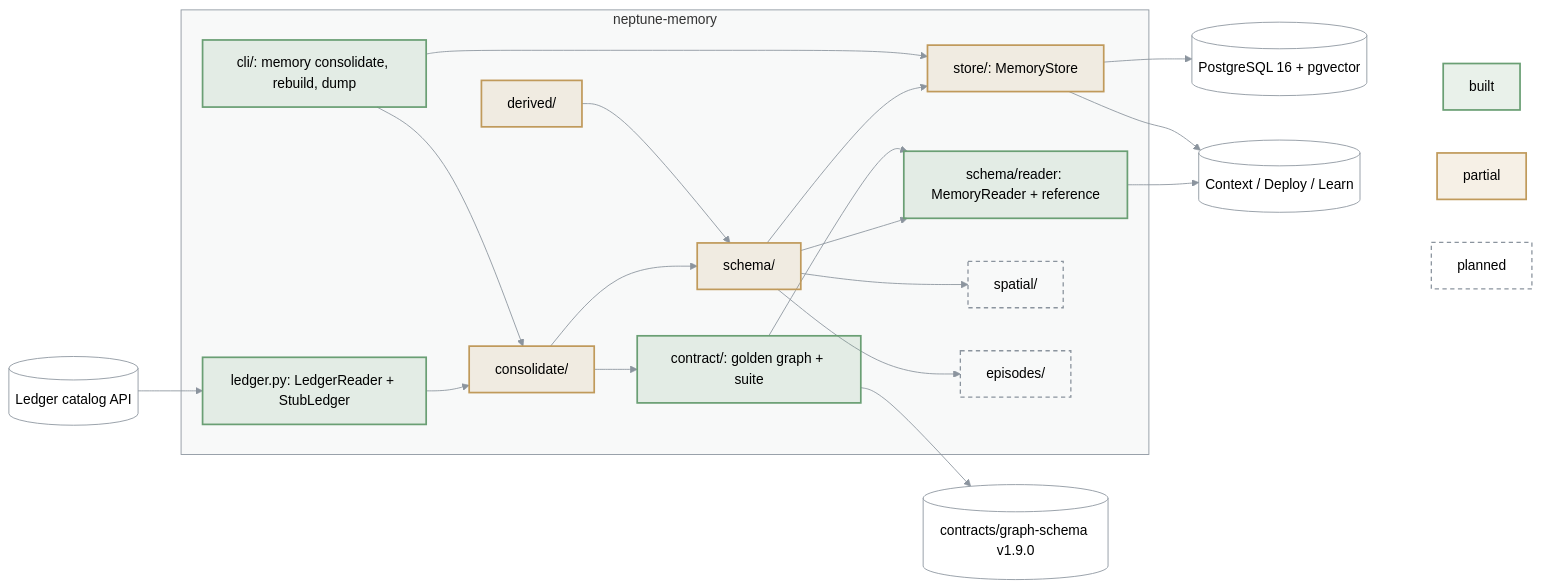
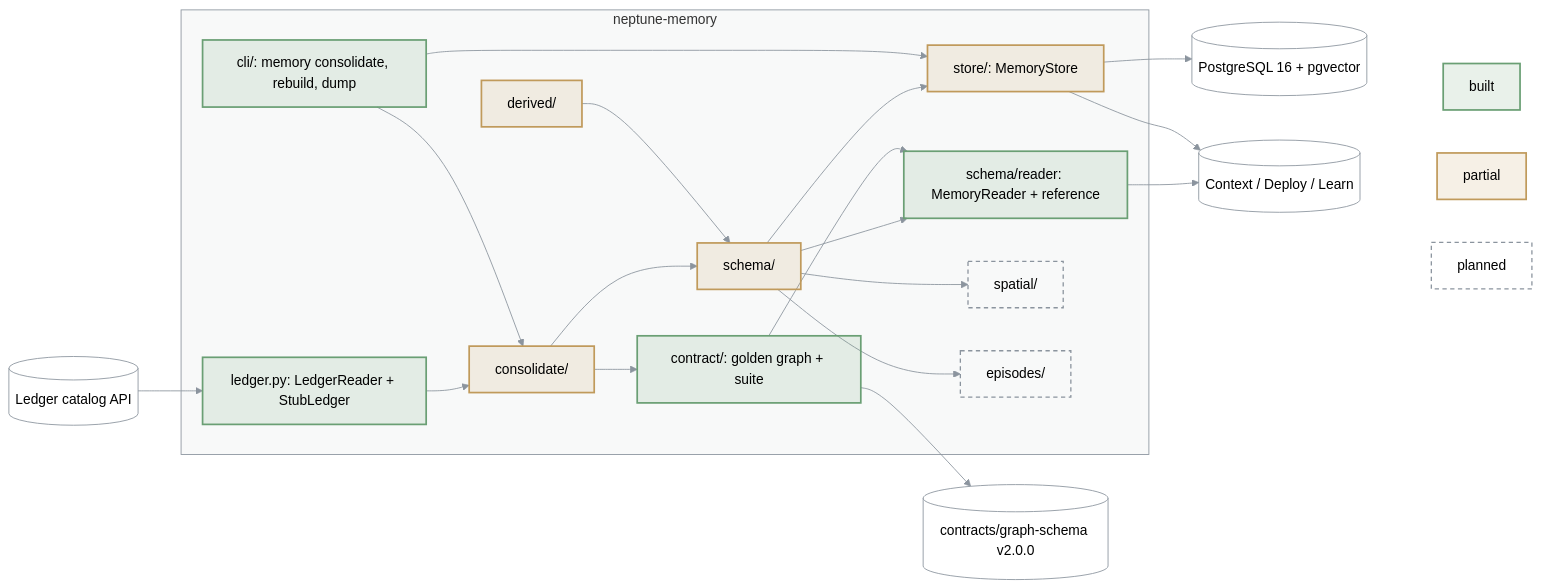
The diagram in packages/neptune-memory/ARCHITECTURE.md (bennytay/neptune), drawn with Mermaid (forest theme) before and after one commit. The commit also changed 148 other files, not shown here.

First line of the commit message:
Memory: identity joins asserted event nodes; machine-scoped configuration changes (graph-schema 2.0.0) (#151)

````diff
--- a/packages/neptune-memory/ARCHITECTURE.md
+++ b/packages/neptune-memory/ARCHITECTURE.md
@@ -3,49 +3,49 @@
 ```mermaid
 flowchart LR
   LED[("Ledger catalog API")]
   PG[("PostgreSQL 16 + pgvector")]
   subgraph M["neptune-memory"]
     SEAM["ledger.py: LedgerReader + StubLedger"]
     CON["consolidate/"]
     DER["derived/"]
     SCH["schema/"]
     RD["schema/reader: MemoryReader + reference"]
     CT["contract/: golden graph + suite"]
     STO["store/: MemoryStore"]
     SPA["spatial/"]
     EPI["episodes/"]
     CLI["cli/: memory consolidate, rebuild, dump"]
   end
   OUT[("Context / Deploy / Learn")]
   LED --> SEAM --> CON --> SCH --> STO
   DER --> SCH
   SCH --> SPA & EPI
   SCH --> RD --> OUT
   CON --> CT --> RD
-  CT --> REG[("contracts/graph-schema v1.9.0")]
+  CT --> REG[("contracts/graph-schema v2.0.0")]
   STO --> OUT
   CLI --> CON
   CLI --> STO
   STO --> PG
 
   subgraph KEY[" "]
     K1["built"]
     K2["partial"]
     K3["planned"]
   end
   OUT ~~~ K1 & K2 & K3
 
   classDef built fill:#6a9f7426,stroke:#6a9f74,stroke-width:2px
   classDef partial fill:#c09a5b26,stroke:#c09a5b,stroke-width:2px
   classDef todo fill:none,stroke:#8b949e,stroke-width:1.5px,stroke-dasharray:5 4
   classDef ext fill:none,stroke:#8b949e,stroke-width:1px
   class K1 built
   class K2 partial
   class SPA,EPI,K3 todo
   class CON,DER,SCH,STO partial
   class SEAM,RD,CT,CLI built
   class LED,OUT,PG,REG ext
   style M fill:#8b949e0f,stroke:#8b949e
   style KEY fill:none,stroke:none
   linkStyle default stroke:#8b949e
 ```
````
